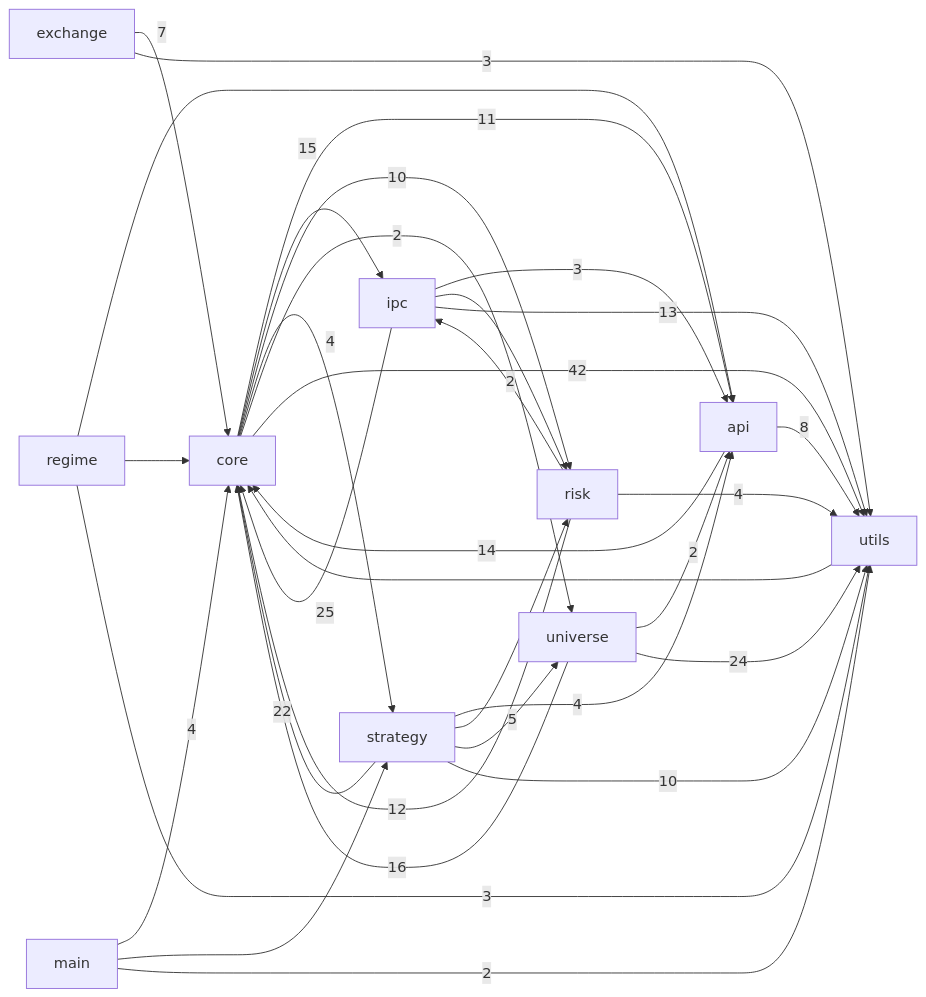
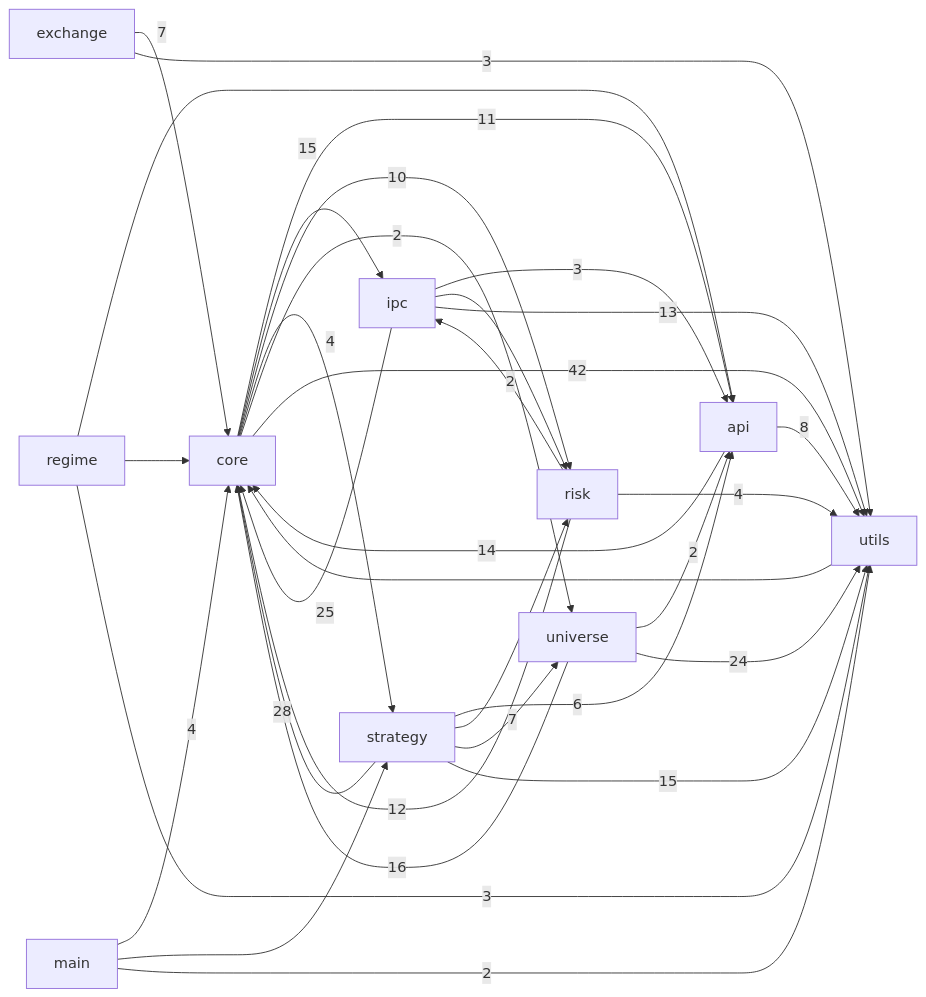
Before and after one commit to pypy8171/Quant: the first of 3 diagrams in docs/CODE_GRAPH.md, drawn with Mermaid. The commit also changed other lines of this file and 18 other files, not shown here.

````diff
--- a/docs/CODE_GRAPH.md
+++ b/docs/CODE_GRAPH.md
@@ -10,45 +10,45 @@
 ```mermaid
 graph LR
   main[main]
   core[core]
   strategy[strategy]
   api[api]
   universe[universe]
   risk[risk]
   ipc[ipc]
   utils[utils]
   exchange[exchange]
   regime[regime]
   api -->|14| core
   api -->|8| utils
   core -->|11| api
   core -->|15| ipc
   core -->|10| risk
   core -->|4| strategy
   core -->|2| universe
   core -->|42| utils
   exchange -->|7| core
   exchange -->|3| utils
   ipc -->|3| api
   ipc -->|25| core
   ipc --> risk
   ipc -->|13| utils
   main -->|4| core
   main --> strategy
   main -->|2| utils
   regime --> api
   regime --> core
   regime -->|3| utils
   risk -->|12| core
   risk -->|2| ipc
   risk -->|4| utils
-  strategy -->|4| api
-  strategy -->|22| core
+  strategy -->|6| api
+  strategy -->|28| core
   strategy --> risk
-  strategy -->|5| universe
-  strategy -->|10| utils
+  strategy -->|7| universe
+  strategy -->|15| utils
   universe -->|2| api
   universe -->|16| core
   universe -->|24| utils
   utils --> core
 ```
````
